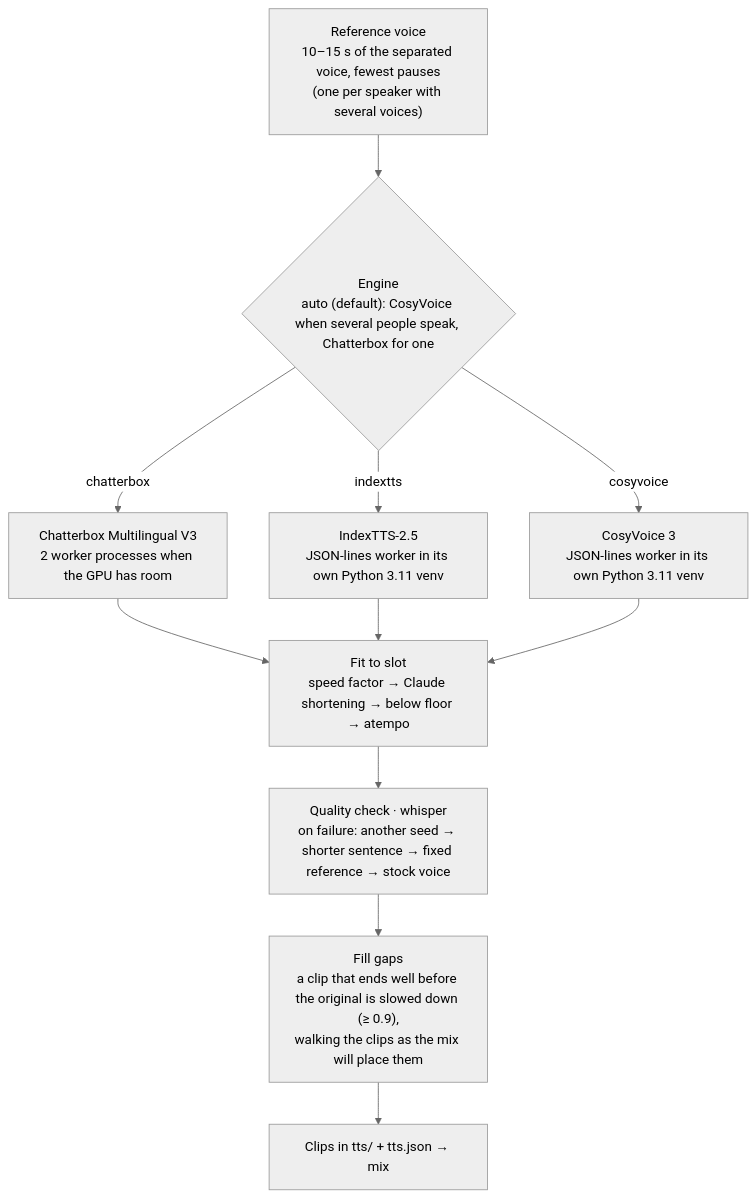
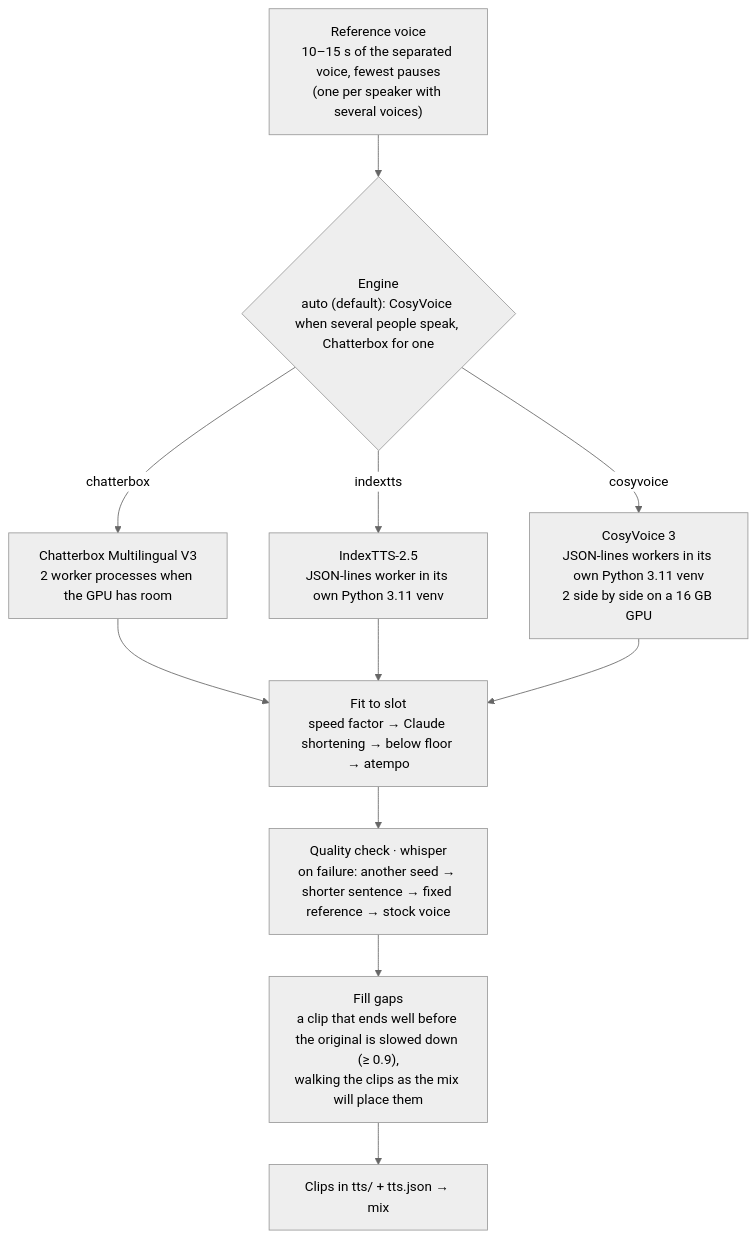
Before and after one commit to rldona/OpenDub: the second of 4 diagrams in docs/architecture.md, drawn with Mermaid (neutral theme). The commit also changed 5 other files, not shown here.

First line of the commit message:
Speak CosyVoice clips two at a time

````diff
--- a/docs/architecture.md
+++ b/docs/architecture.md
@@ -67,15 +67,15 @@
 ```mermaid
 flowchart TD
     ref["Reference voice<br/>10–15 s of the separated voice, fewest pauses<br/>(one per speaker with several voices)"] --> auto
     auto{"Engine<br/>auto (default): CosyVoice when several people speak, Chatterbox for one"}
     auto -- "chatterbox" --> cb["Chatterbox Multilingual V3<br/>2 worker processes when the GPU has room"]
     auto -- "indextts" --> itts["IndexTTS-2.5<br/>JSON-lines worker in its own Python 3.11 venv"]
-    auto -- "cosyvoice" --> cv["CosyVoice 3<br/>JSON-lines worker in its own Python 3.11 venv"]
+    auto -- "cosyvoice" --> cv["CosyVoice 3<br/>JSON-lines workers in its own Python 3.11 venv<br/>2 side by side on a 16 GB GPU"]
     cb --> fit
     itts --> fit
     cv --> fit
     fit["Fit to slot<br/>speed factor → Claude shortening → below floor → atempo"] --> qc
     qc["Quality check · whisper<br/>on failure: another seed → shorter sentence → fixed reference → stock voice"] --> gaps
     gaps["Fill gaps<br/>a clip that ends well before the original is slowed down (≥ 0.9),<br/>walking the clips as the mix will place them"] --> clips
     clips["Clips in tts/ + tts.json → mix"]
 ```
````
